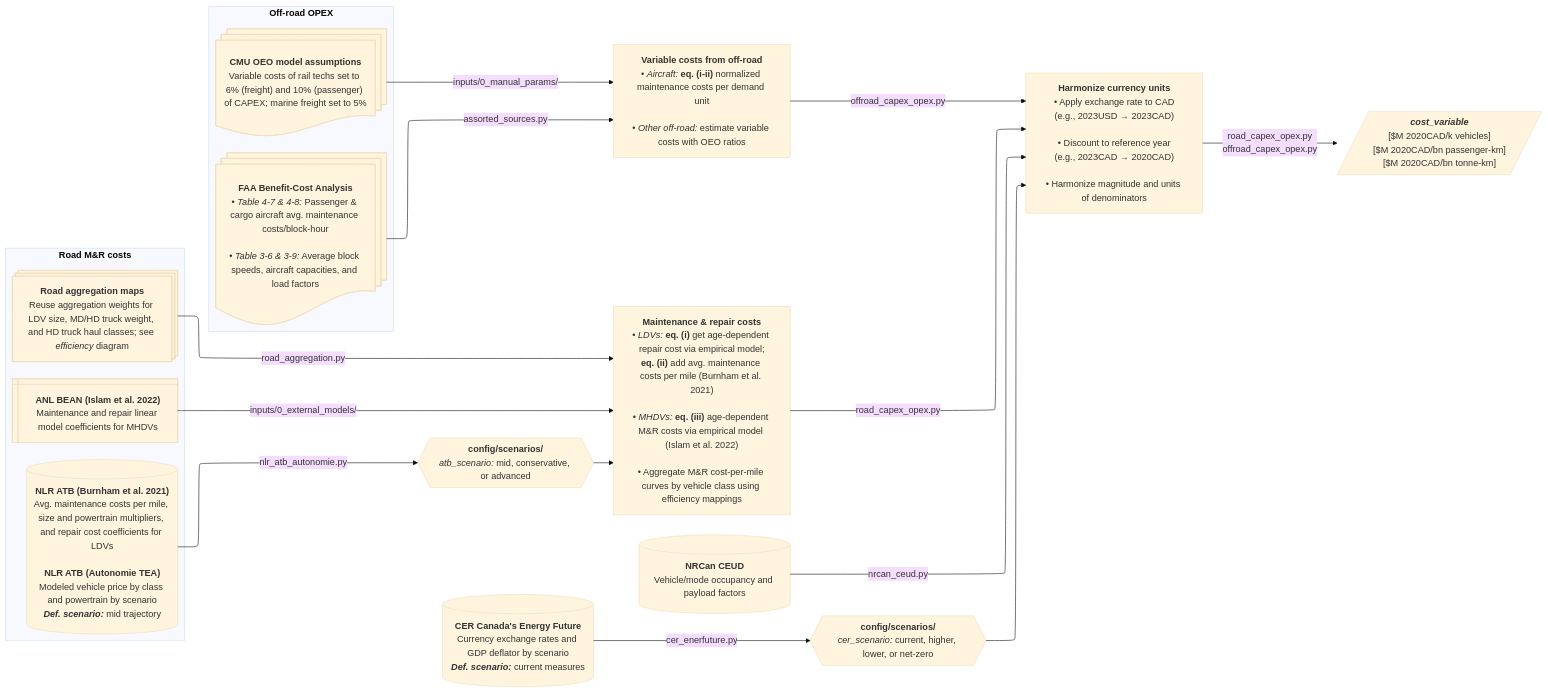
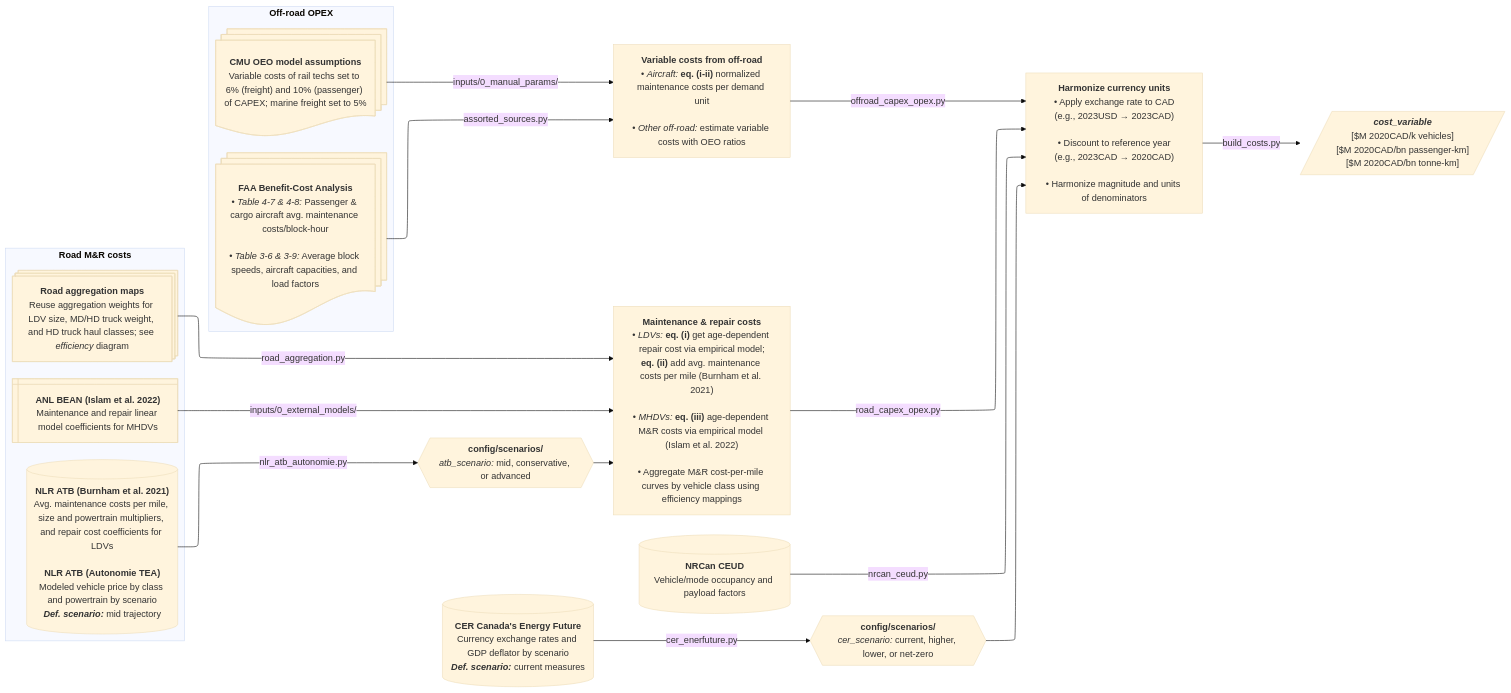
One commit to CANOE-main/canoe-transportation changed the eighth of 12 diagrams in docs/etl_flowcharts.md. Above: the diagram before and after it, drawn with Mermaid (base theme). The commit also changed other lines of this file and 5 other files, not shown here.

```diff
--- a/docs/etl_flowcharts.md
+++ b/docs/etl_flowcharts.md
@@ -758,8 +760,7 @@
   s0 -- cer_enerfuture.py --> p0 --> p4
   s9 -- nrcan_ceud.py --> p4
 
-  p4 -- road_capex_opex.py
-  offroad_capex_opex.py --> o1[/"`***cost_variable***
+  p4 -- build_costs.py --> o1[/"`***cost_variable***
     [$M 2020CAD/k vehicles]
     [$M 2020CAD/bn passenger-km]
     [$M 2020CAD/bn tonne-km]`"/]
```
